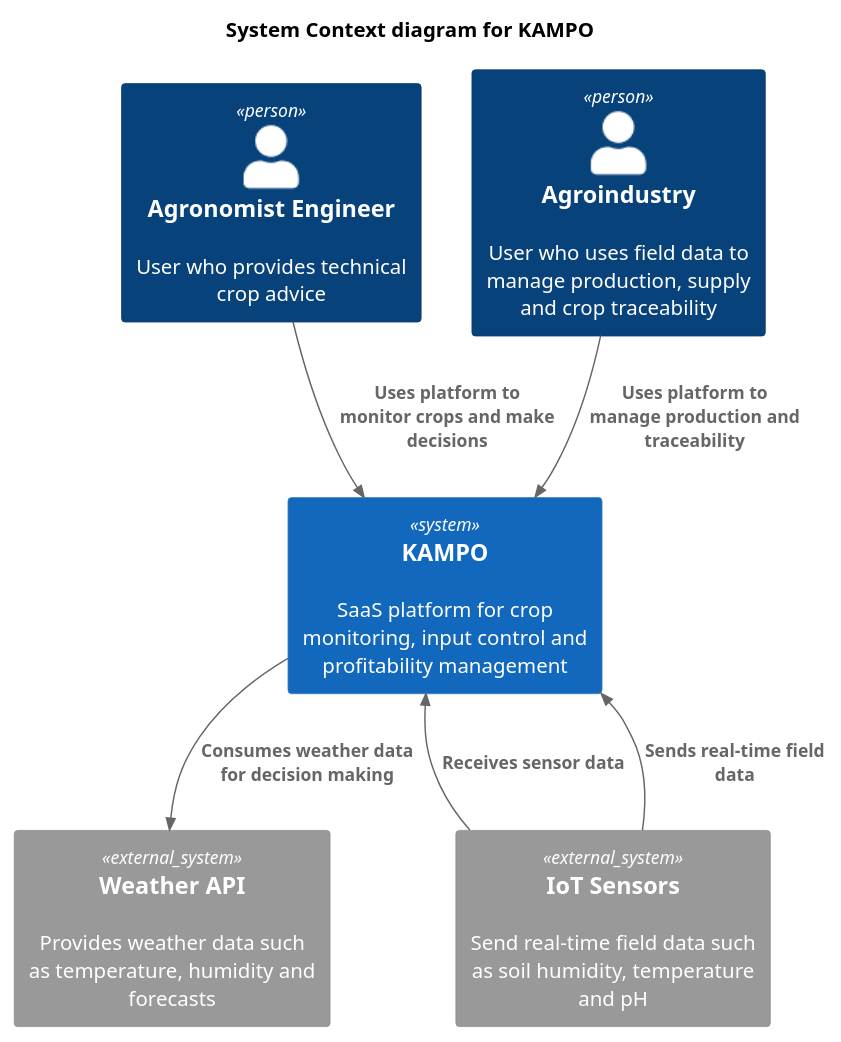
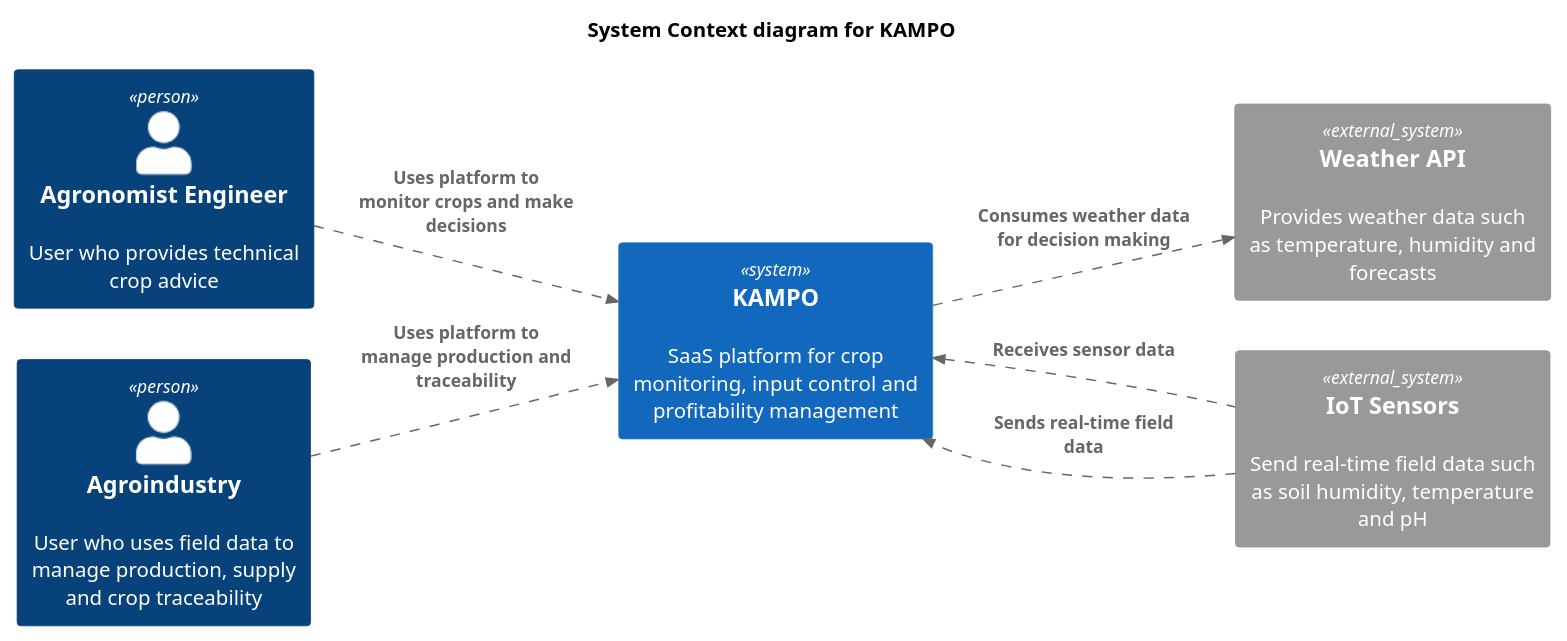
Before and after one commit to upc-pre-202610-1asi0729-11881-greenspot/kampo-report: the diagram in docs/Arquitecture/softwareAquitectureContextDiagram.puml, drawn with PlantUML. The commit also changed 12 other files, not shown here.

Commit message:
docs: add 3 components diagrams

```diff
--- a/docs/Arquitecture/softwareAquitectureContextDiagram.puml
+++ b/docs/Arquitecture/softwareAquitectureContextDiagram.puml
@@ -1,19 +1,21 @@
 @startuml
 !include  https://raw.githubusercontent.com/plantuml-stdlib/C4-PlantUML/master/C4_Container.puml
+LAYOUT_LEFT_RIGHT()
+AddRelTag("Asincronico",$lineStyle=DashedLine())
 title System Context diagram for KAMPO
 
 Person(agronomist, "Agronomist Engineer", "User who provides technical crop advice")
 Person(agroindustry, "Agroindustry", "User who uses field data to manage production, supply and crop traceability")
 
 System(kampo, "KAMPO", "SaaS platform for crop monitoring, input control and profitability management")
 
 System_Ext(weatherApi, "Weather API", "Provides weather data such as temperature, humidity and forecasts")
 System_Ext(iotSensors, "IoT Sensors", "Send real-time field data such as soil humidity, temperature and pH")
 
-Rel(agronomist, kampo, "Uses platform to monitor crops and make decisions")
-Rel(agroindustry, kampo, "Uses platform to manage production and traceability")
-Rel(kampo, weatherApi, "Consumes weather data for decision making")
-Rel_Back(kampo, iotSensors, "Receives sensor data")
-Rel(iotSensors, kampo, "Sends real-time field data")
+Rel(agronomist, kampo, "Uses platform to monitor crops and make decisions",$tags="Asincronico")
+Rel(agroindustry, kampo, "Uses platform to manage production and traceability",$tags="Asincronico")
+Rel(kampo, weatherApi, "Consumes weather data for decision making",$tags="Asincronico")
+Rel_Back(kampo, iotSensors, "Receives sensor data",$tags="Asincronico")
+Rel(iotSensors, kampo, "Sends real-time field data",$tags="Asincronico")
 
 @enduml
```
